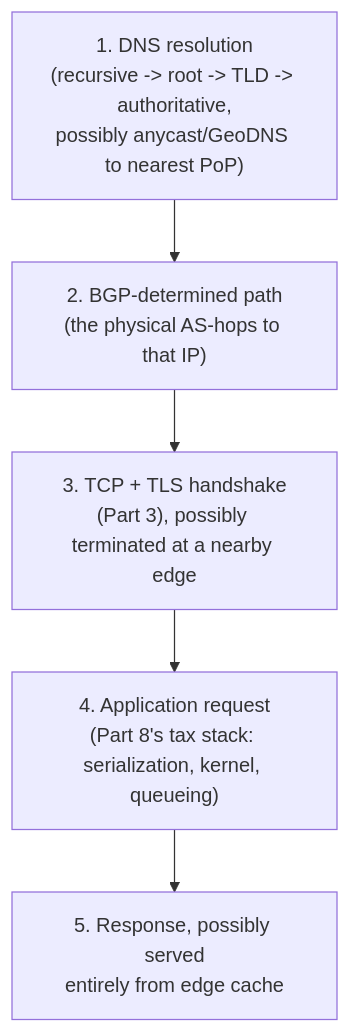
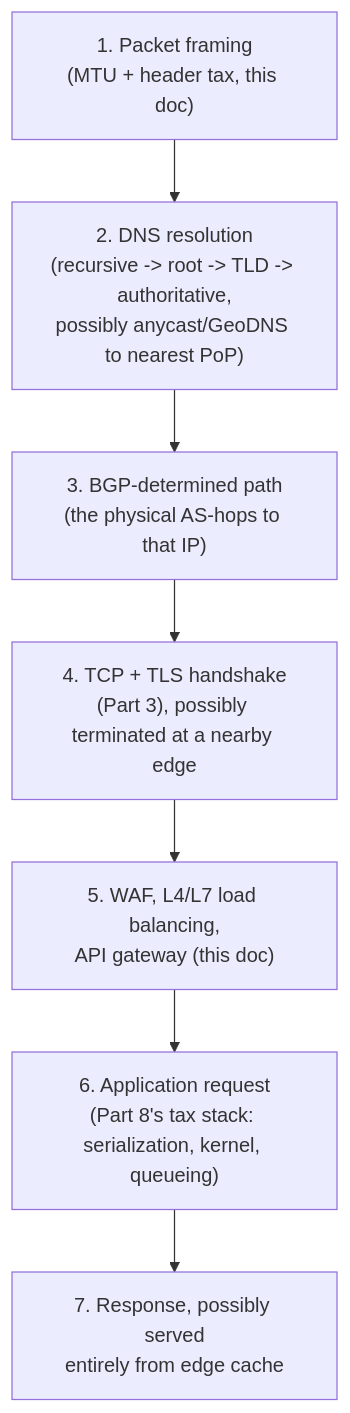
The fourth of 4 diagrams in system_design/prerequisite_concepts/09_dns_bgp_and_the_edge.md (shukla-surendra/engineering_notebook), drawn with Mermaid before and after one commit. The commit also changed other lines of this file and 1 other file, not shown here.

Commit message:
Add detailed explanations of packet framing, header tax, and edge security layers in DNS and BGP documentation

````diff
--- a/system_design/prerequisite_concepts/09_dns_bgp_and_the_edge.md
+++ b/system_design/prerequisite_concepts/09_dns_bgp_and_the_edge.md
@@ -270,7 +353,9 @@
 ```mermaid
 flowchart TD
-    A["1. DNS resolution\n(recursive -> root -> TLD -> authoritative,\npossibly anycast/GeoDNS to nearest PoP)"] --> B["2. BGP-determined path\n(the physical AS-hops to that IP)"]
-    B --> C["3. TCP + TLS handshake\n(Part 3), possibly terminated at a nearby edge"]
-    C --> D["4. Application request\n(Part 8's tax stack: serialization, kernel, queueing)"]
-    D --> E["5. Response, possibly served\nentirely from edge cache"]
+    A["1. Packet framing\n(MTU + header tax, this doc)"] --> B["2. DNS resolution\n(recursive -> root -> TLD -> authoritative,\npossibly anycast/GeoDNS to nearest PoP)"]
+    B --> C["3. BGP-determined path\n(the physical AS-hops to that IP)"]
+    C --> D["4. TCP + TLS handshake\n(Part 3), possibly terminated at a nearby edge"]
+    D --> E["5. WAF, L4/L7 load balancing,\nAPI gateway (this doc)"]
+    E --> F["6. Application request\n(Part 8's tax stack: serialization, kernel, queueing)"]
+    F --> G["7. Response, possibly served\nentirely from edge cache"]
 ```
````
